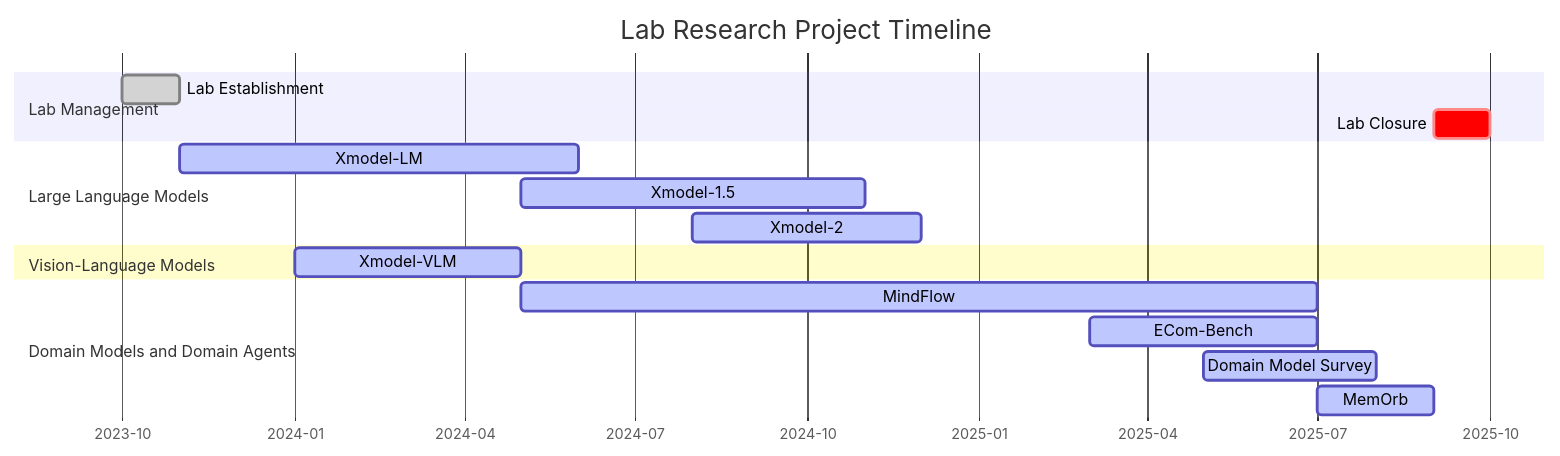
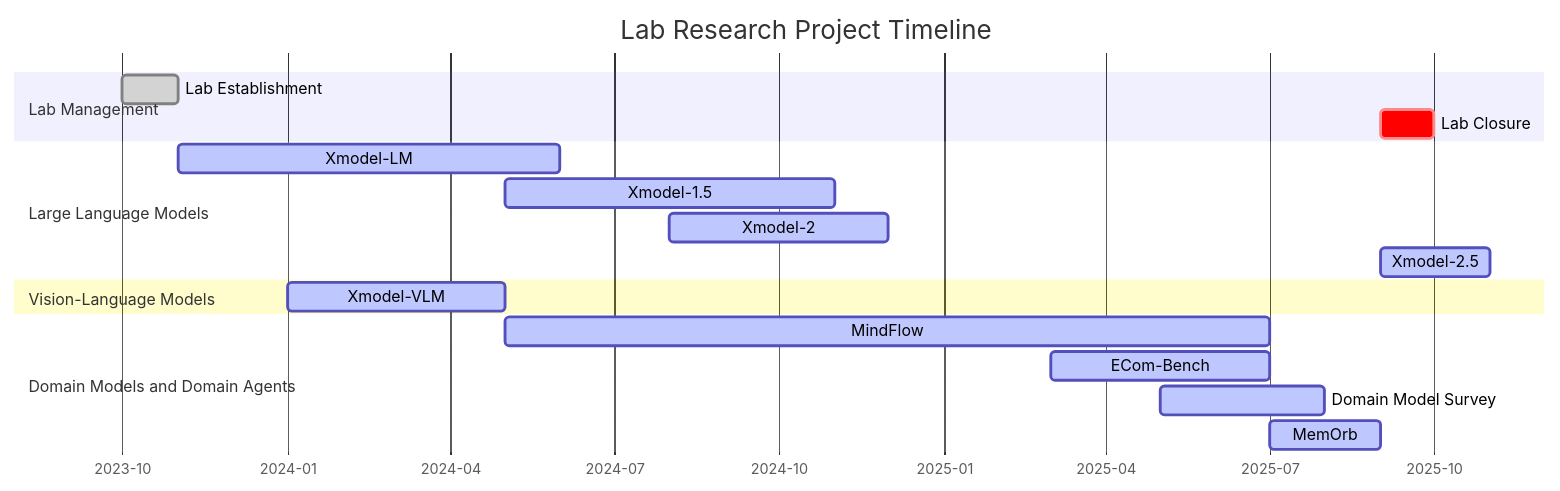
One commit to foamliu/XiaoduoAILab-EOL-Archive changed the diagram in README.en.md. Above: the diagram before and after it, drawn with Mermaid.

````diff
--- a/README.en.md
+++ b/README.en.md
@@ -65,24 +65,25 @@
 ```mermaid
 gantt
     title Lab Research Project Timeline
     dateFormat  YYYY-MM
     axisFormat %Y-%m
     
     section Lab Management
     Lab Establishment :done, 2023-10, 1M
     Lab Closure :crit, 2025-09, 1M
     
     section Large Language Models
     Xmodel-LM :active, 2023-11, 7M
     Xmodel-1.5 :active, 2024-05, 6M
     Xmodel-2 :active, 2024-08, 4M
-    
+    Xmodel-2.5 :active, 2025-09, 2M
+
     section Vision-Language Models
     Xmodel-VLM :active, 2024-01, 4M
     
     section Domain Models and Domain Agents
     MindFlow :active, 2024-05, 14M
     ECom-Bench :active, 2025-03, 4M
     Domain Model Survey :active, 2025-05, 3M
     MemOrb :active, 2025-07, 2M
 ```
````
